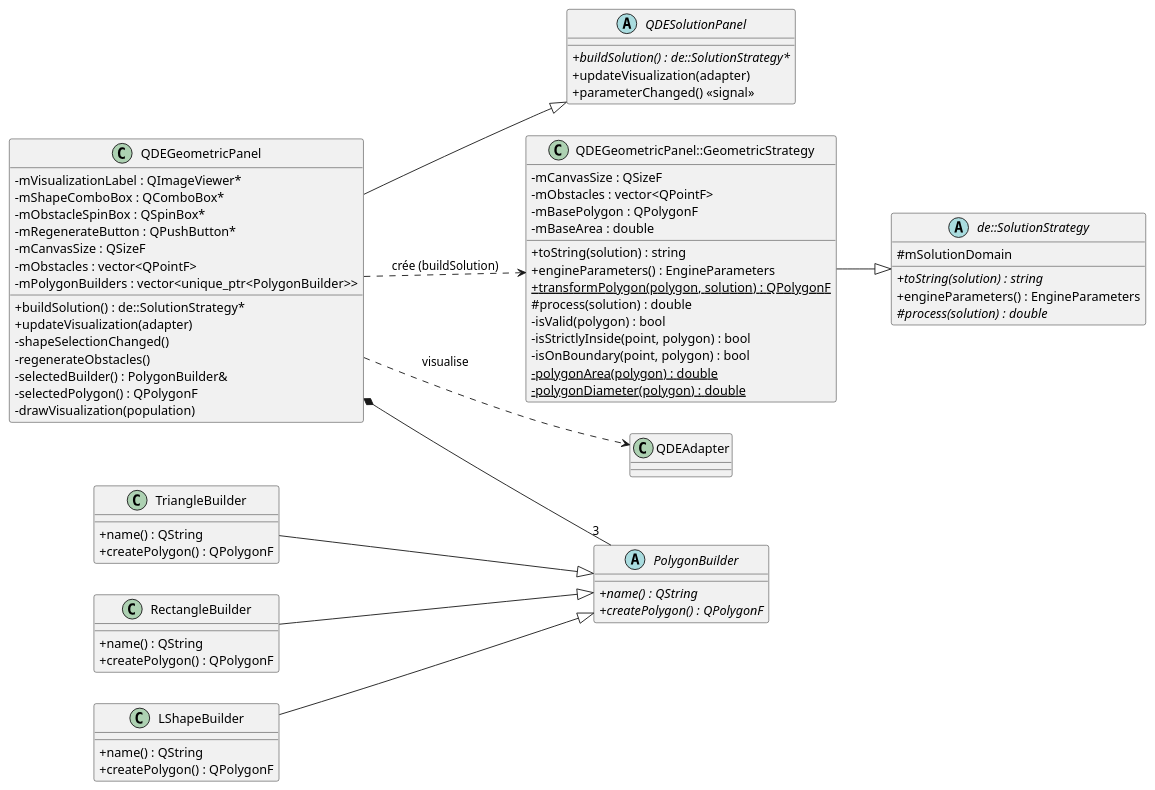
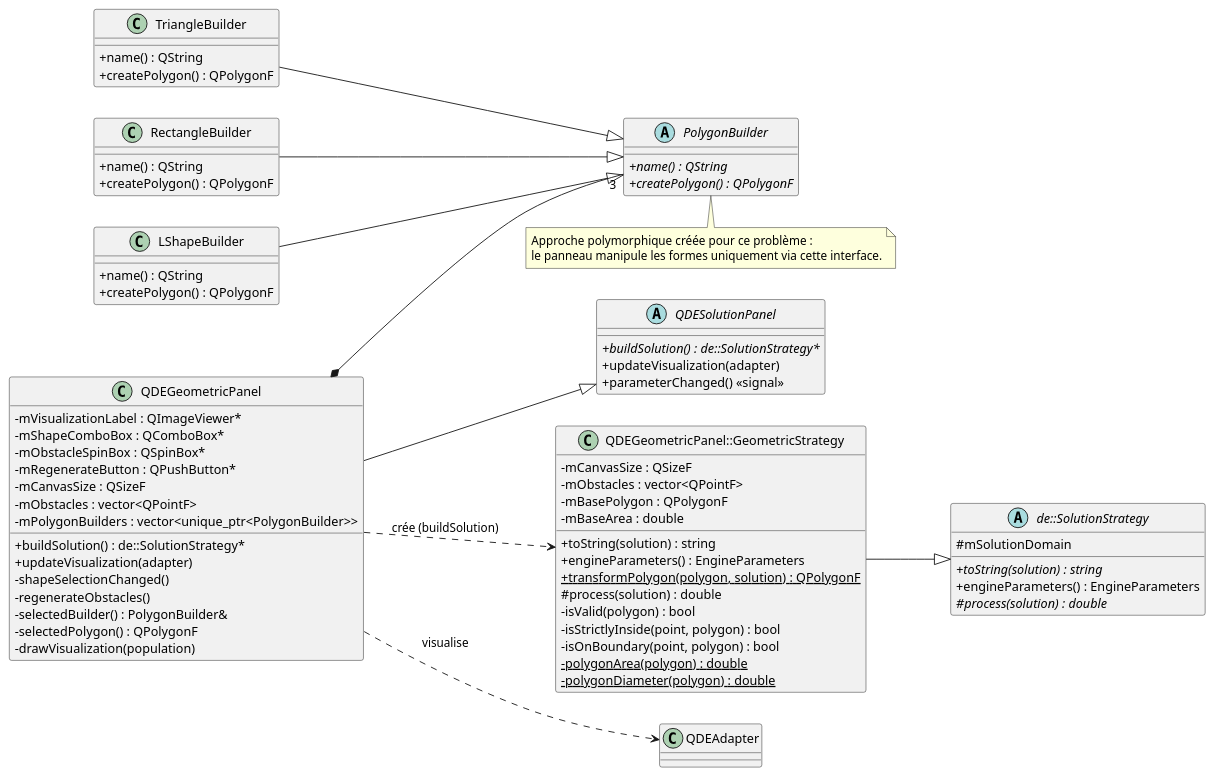
The first of 3 diagrams in rapport.md (ahsadek/GPA434-LAB03), drawn with PlantUML before and after one commit. The commit also changed other lines of this file and 1 other file, not shown here.

````diff
--- a/rapport.md
+++ b/rapport.md
@@ -121,5 +98,7 @@
 QDEGeometricPanel *-- "3" PolygonBuilder
 QDEGeometricPanel ..> GeometricStrategy : crée (buildSolution)
 QDEGeometricPanel ..> QDEAdapter : visualise
+
+note bottom of PolygonBuilder : Approche polymorphique créée pour ce problème :\nle panneau manipule les formes uniquement via cette interface.
 @enduml
 ```
````
